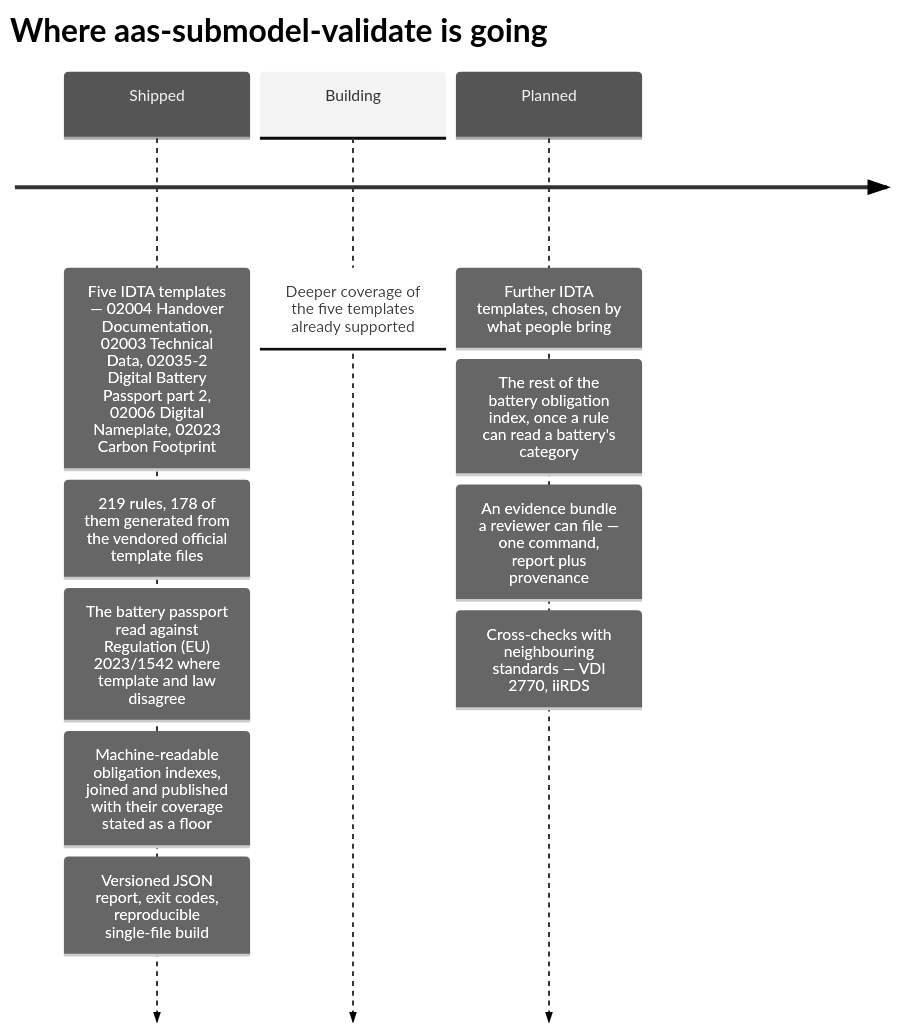
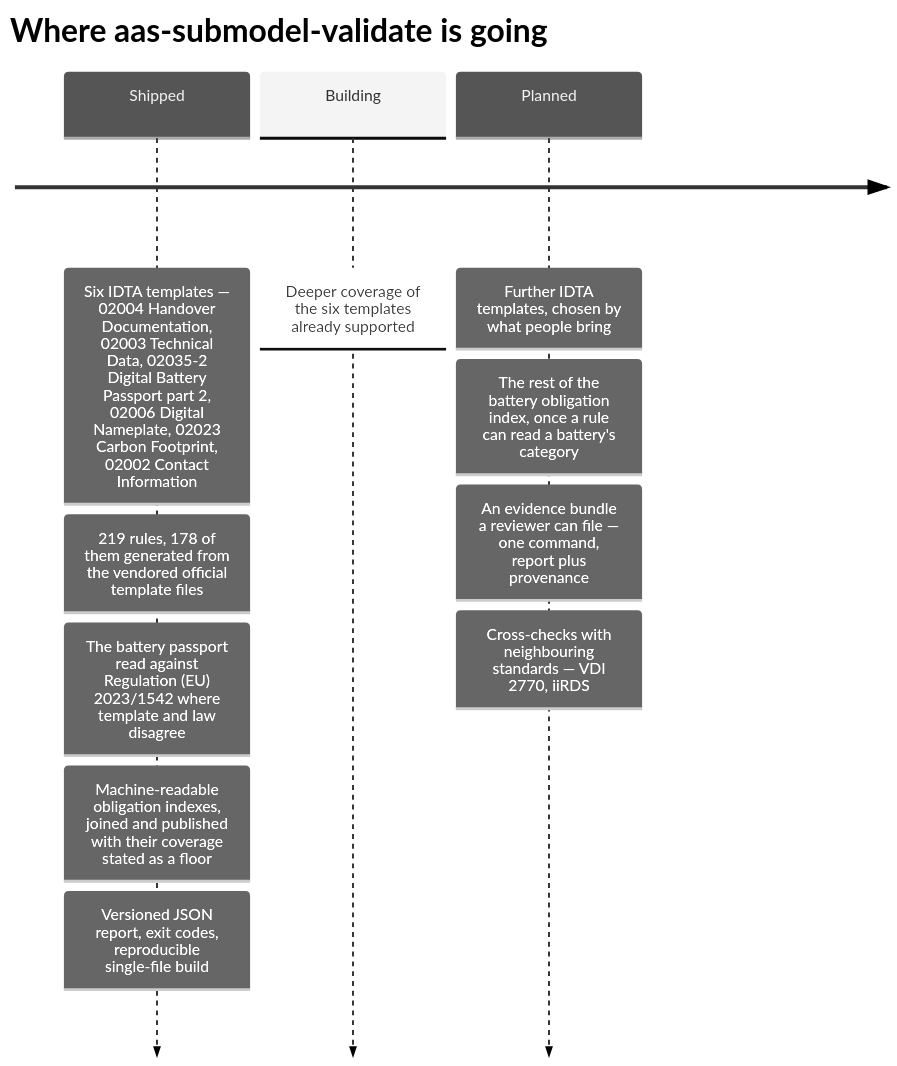
Before and after one commit to dev365code/aas-submodel-validate: the second of 2 diagrams in README.md, drawn with Mermaid (neutral theme). The commit also changed other lines of this file and 10 other files, not shown here.

````diff
--- a/README.md
+++ b/README.md
@@ -267,14 +267,14 @@
 ```mermaid
 timeline
     title Where aas-submodel-validate is going
-    Shipped : Five IDTA templates — 02004 Handover Documentation, 02003 Technical Data, 02035-2 Digital Battery Passport part 2, 02006 Digital Nameplate, 02023 Carbon Footprint
+    Shipped : Six IDTA templates — 02004 Handover Documentation, 02003 Technical Data, 02035-2 Digital Battery Passport part 2, 02006 Digital Nameplate, 02023 Carbon Footprint, 02002 Contact Information
             : 219 rules, 178 of them generated from the vendored official template files
             : The battery passport read against Regulation (EU) 2023/1542 where template and law disagree
             : Machine-readable obligation indexes, joined and published with their coverage stated as a floor
             : Versioned JSON report, exit codes, reproducible single-file build
-    Building : Deeper coverage of the five templates already supported
+    Building : Deeper coverage of the six templates already supported
     Planned : Further IDTA templates, chosen by what people bring
             : The rest of the battery obligation index, once a rule can read a battery's category
             : An evidence bundle a reviewer can file — one command, report plus provenance
             : Cross-checks with neighbouring standards — VDI 2770, iiRDS
 ```
````
